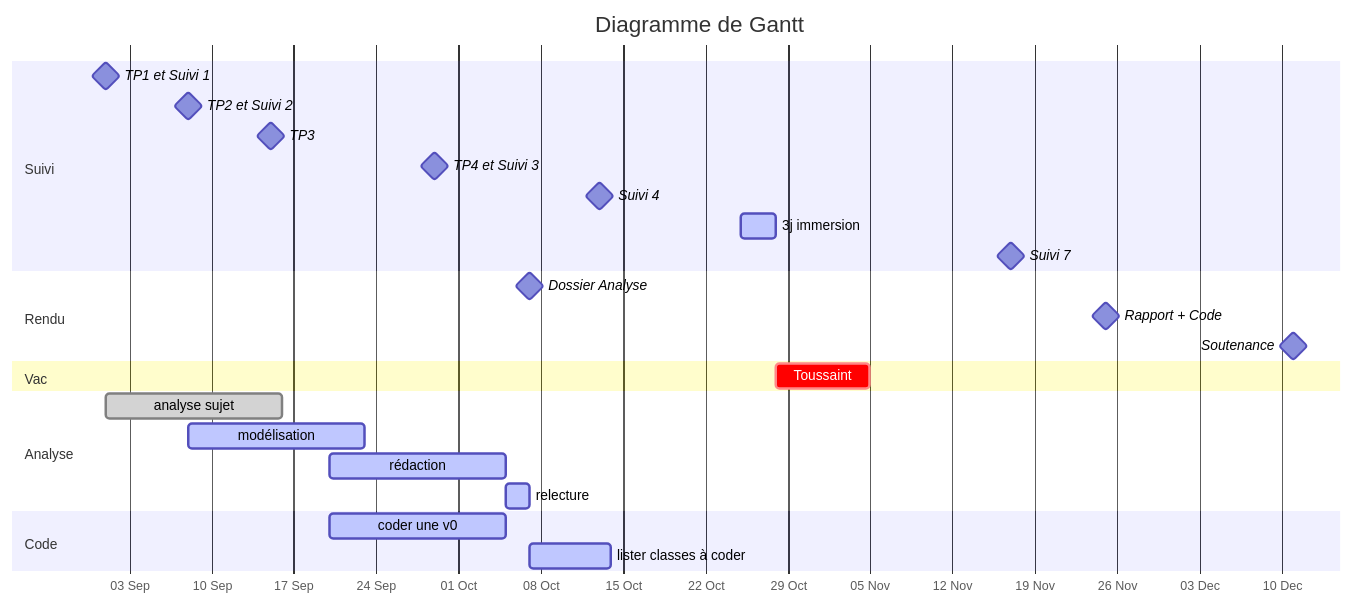
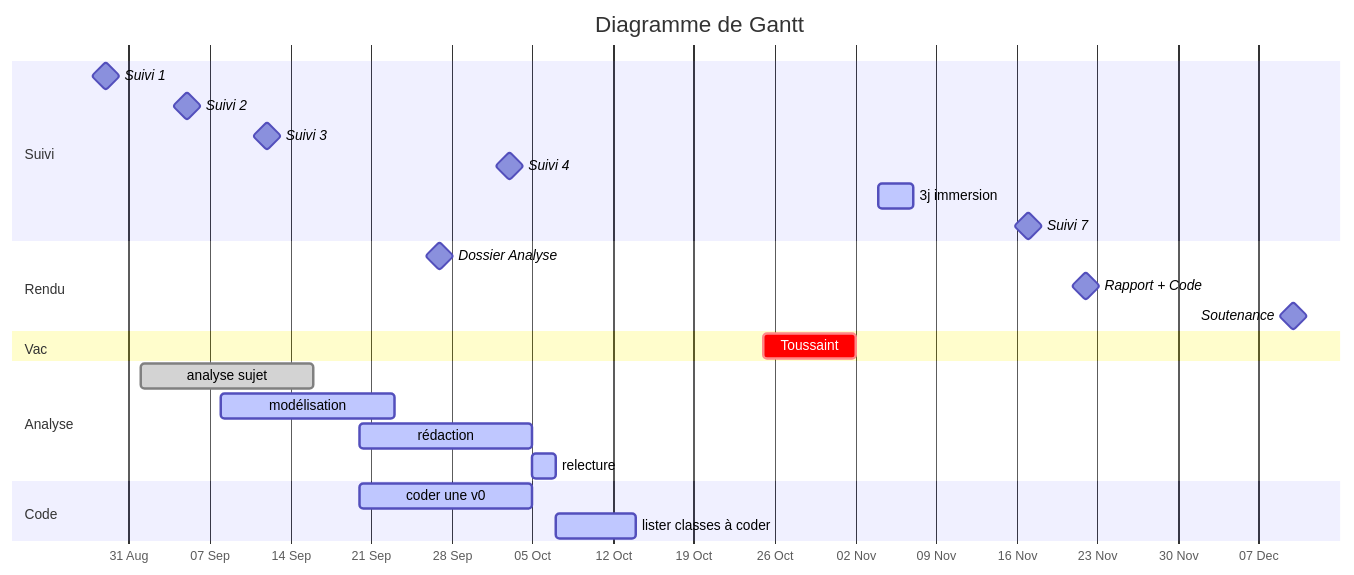
One commit to bbrunel/ENSAI-2A-projet-info changed the first of 2 diagrams in doc/diag_gantt.md. Above: the diagram before and after it, drawn with Mermaid. The commit also changed other lines of this file and 13 other files, not shown here.

Commit message:
Modif Gantt

````diff
--- a/doc/diag_gantt.md
+++ b/doc/diag_gantt.md
@@ -2,38 +2,37 @@
 ```mermaid
 gantt
     %% doc : https://mermaid-js.github.io/mermaid/#/./gantt
     dateFormat  YYYY-MM-DD
     axisFormat  %d %b
     title       Diagramme de Gantt
     %%excludes  YYYY-MM-DD and/or sunday and/or weekends 
      
     section Suivi
-    TP1 et Suivi 1               :milestone, 2023-09-01,
-    TP2 et Suivi 2               :milestone, 2023-09-08,
-    TP3                          :milestone, 2023-09-15,
-    TP4 et Suivi 3               :milestone, 2023-09-29,
-    Suivi 4                      :milestone, 2023-10-13,
-    3j immersion                 :active,    2023-10-25, 3d
-    Suivi 7                      :milestone, 2023-11-17,
+    Suivi 1                      :milestone, 2025-08-29,
+    Suivi 2                      :milestone, 2025-09-05,
+    Suivi 3                      :milestone, 2025-09-12,
+    Suivi 4                      :milestone, 2025-10-03,
+    3j immersion                 :active,    2025-11-04, 3d
+    Suivi 7                      :milestone, 2025-11-17,
     
     section Rendu
-    Dossier Analyse              :milestone, 2023-10-07,
-    Rapport + Code               :milestone, 2023-11-25,
-    Soutenance                   :milestone, 2023-12-11,
+    Dossier Analyse              :milestone, 2025-09-27,
+    Rapport + Code               :milestone, 2025-11-22,
+    Soutenance                   :milestone, 2025-12-10,
     
     section Vac
-    Toussaint                    :crit,    2023-10-28, 2023-11-05
+    Toussaint                    :crit,    2025-10-25, 2025-11-02
     
     section Analyse
-    analyse sujet                :done,      2023-09-01, 15d
-    modélisation                 :active,    2023-09-08, 15d
-    rédaction                    :active,    2023-09-20, 2023-10-05
-    relecture                    :active,    2023-10-05, 2023-10-07
+    analyse sujet                :done,      2025-09-01, 15d
+    modélisation                 :active,    2025-09-08, 15d
+    rédaction                    :active,    2025-09-20, 2025-10-05
+    relecture                    :active,    2025-10-05, 2025-10-07
     
     section Code
-    coder une v0                 :active,    2023-09-20, 15d
-    lister classes à coder       :active,    2023-10-07, 7d
+    coder une v0                 :active,    2025-09-20, 15d
+    lister classes à coder       :active,    2025-10-07, 7d
     
 
     %%Stats univariées retraités   :done,         2021-11-28, 3d
 ```
````
